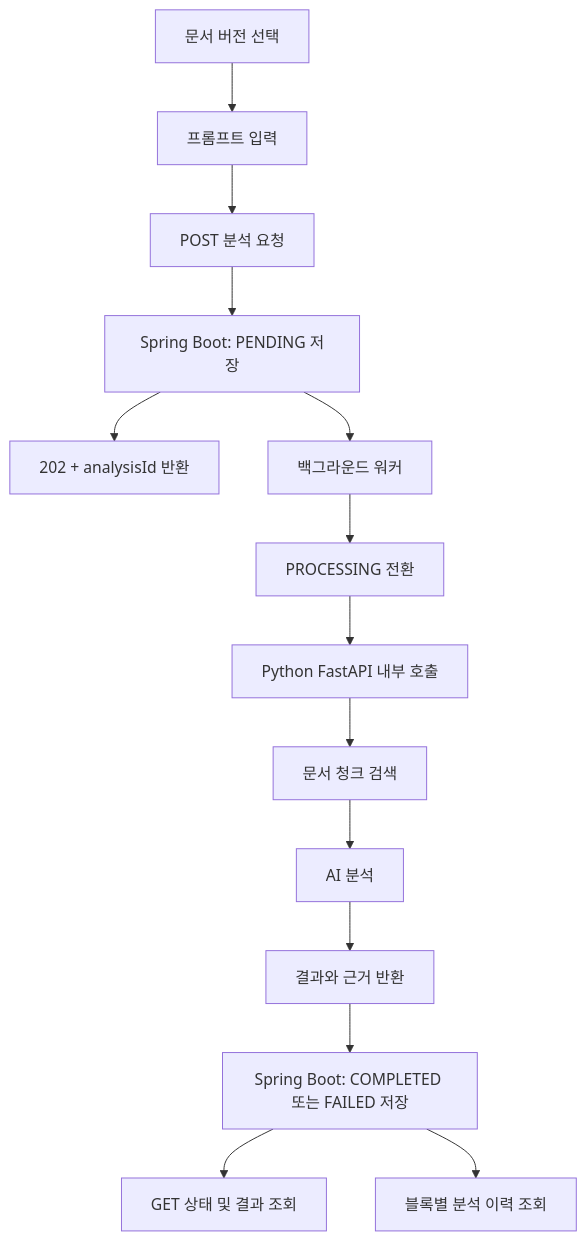
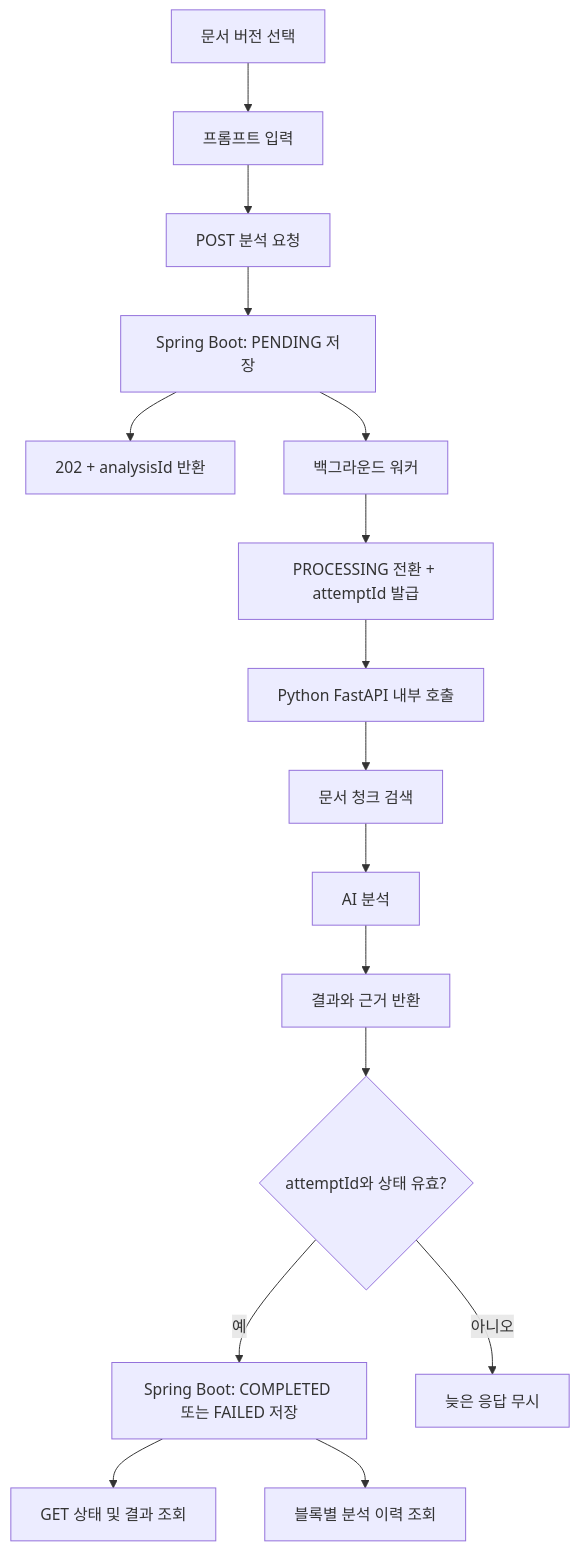
One commit to wanted-VitS-Project/Vit_S-GroupwareService-BackEnd changed the diagram in .ai/docs/domain/비타메이트/VITAMATE-V1-USECASE.md. Above: the diagram before and after it, drawn with Mermaid. The commit also changed other lines of this file and 8 other files, not shown here.

````diff
--- a/.ai/docs/domain/비타메이트/VITAMATE-V1-USECASE.md
+++ b/.ai/docs/domain/비타메이트/VITAMATE-V1-USECASE.md
@@ -72,16 +73,18 @@
 ```mermaid
 flowchart TD
     A[문서 버전 선택] --> B[프롬프트 입력]
     B --> C[POST 분석 요청]
     C --> D[Spring Boot: PENDING 저장]
     D --> E[202 + analysisId 반환]
     D --> W[백그라운드 워커]
-    W --> P[PROCESSING 전환]
+    W --> P[PROCESSING 전환 + attemptId 발급]
     P --> F[Python FastAPI 내부 호출]
     F --> G[문서 청크 검색]
     G --> H[AI 분석]
     H --> I[결과와 근거 반환]
-    I --> S[Spring Boot: COMPLETED 또는 FAILED 저장]
+    I --> V{attemptId와 상태 유효?}
+    V -->|예| S[Spring Boot: COMPLETED 또는 FAILED 저장]
+    V -->|아니오| X[늦은 응답 무시]
     S --> J[GET 상태 및 결과 조회]
     S --> K[블록별 분석 이력 조회]
 ```
````
